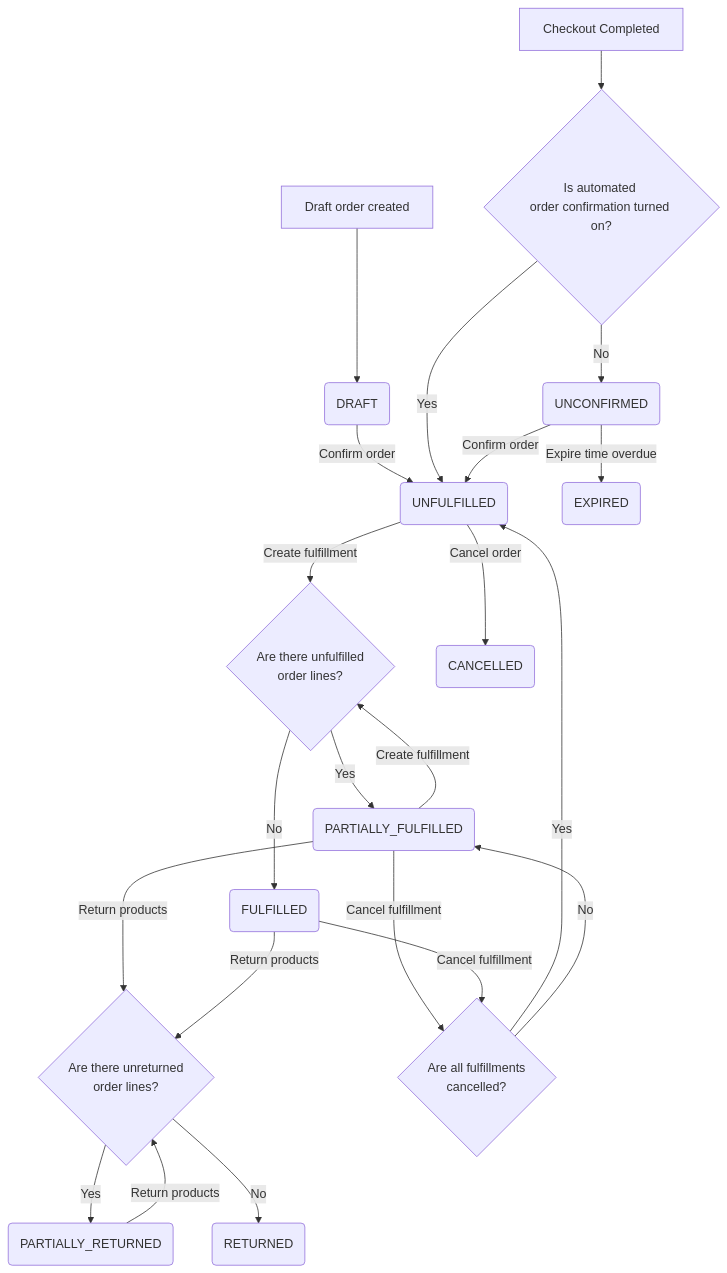
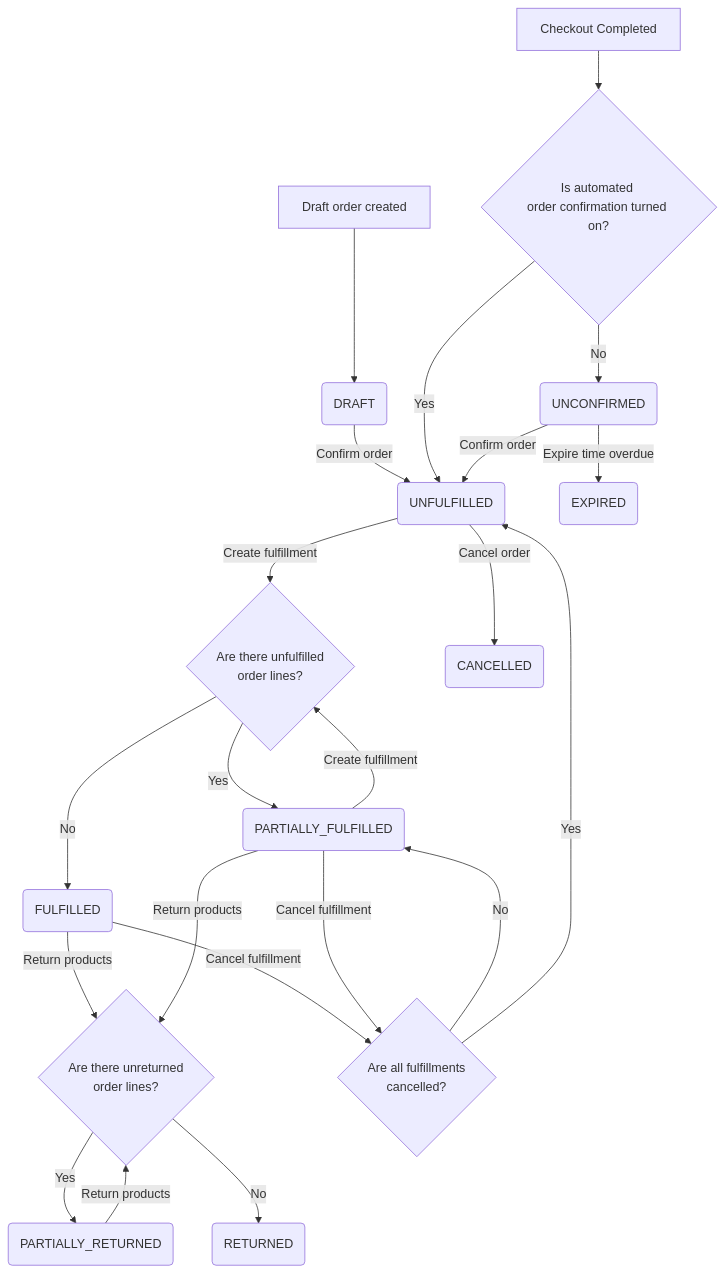
One commit to saleor/saleor-docs changed the first of 7 diagrams in docs/developer/checkout/order-status.mdx. Above: the diagram before and after it, drawn with Mermaid. The commit also changed other lines of this file, not shown here.

Commit message:
Improve chart

````diff
--- a/docs/developer/checkout/order-status.mdx
+++ b/docs/developer/checkout/order-status.mdx
@@ -19,35 +19,38 @@
 ```mermaid
 flowchart TD
     CreatedDraft[Draft order created] --> DRAFT(DRAFT)
     CheckoutCompleted[Checkout Completed]
 
     DRAFT -->|Confirm order| UNFULFILLED(UNFULFILLED)
 
     CheckoutCompleted --> isAutomated{Is automated \norder confirmation turned on?}
     isAutomated -->|Yes| UNFULFILLED
     isAutomated -->|No| UNCONFIRMED(UNCONFIRMED)
 
     UNCONFIRMED -->|Expire time overdue| EXPIRED(EXPIRED)
     UNCONFIRMED -->|Confirm order| UNFULFILLED
 
     UNFULFILLED -->|Create fulfillment| isNotFulfilled{Are there unfulfilled\n order lines?}
     isNotFulfilled -->|Yes| PARTIALLY_FULFILLED(PARTIALLY_FULFILLED)
     isNotFulfilled -->|No| FULFILLED(FULFILLED)
     UNFULFILLED -->|Cancel order| CANCELLED(CANCELLED)
 
+    FULFILLED -->|Return products| isNotReturned
+    FULFILLED -->|Cancel fulfillment| isAllCancelled
+
     PARTIALLY_FULFILLED -->|Create fulfillment| isNotFulfilled
     PARTIALLY_FULFILLED --->|Return products| isNotReturned{Are there unreturned\n order lines?}
     PARTIALLY_FULFILLED --->|Cancel fulfillment| isAllCancelled{Are all fulfillments\n cancelled?}
 
-    FULFILLED -->|Return products| isNotReturned
-    FULFILLED -->|Cancel fulfillment| isAllCancelled
+    isAllCancelled ~~~ isNotFulfilled
 
+    isAllCancelled -->|No| PARTIALLY_FULFILLED
     isAllCancelled -->|Yes| UNFULFILLED
-    isAllCancelled -->|No| PARTIALLY_FULFILLED
 
     isNotReturned -->|Yes| PARTIALLY_RETURNED(PARTIALLY_RETURNED)
     isNotReturned -->|No| RETURNED(RETURNED)
 
     PARTIALLY_RETURNED -->|Return products| isNotReturned
 
+
 ```
````
